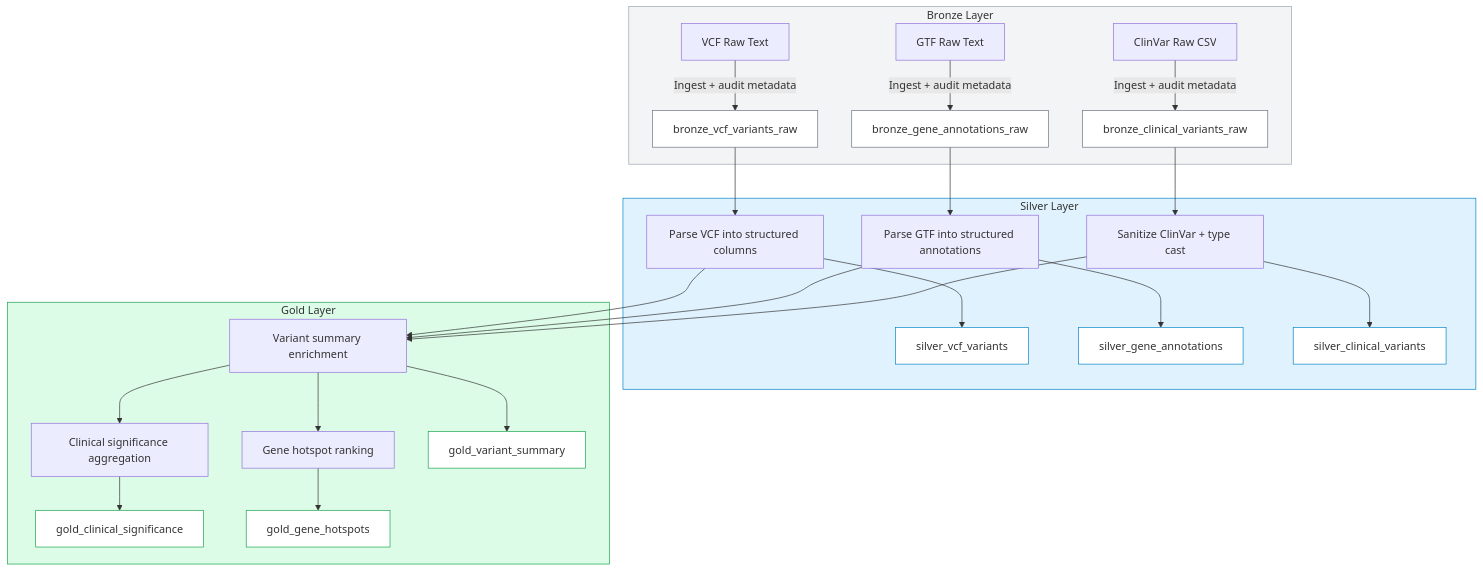
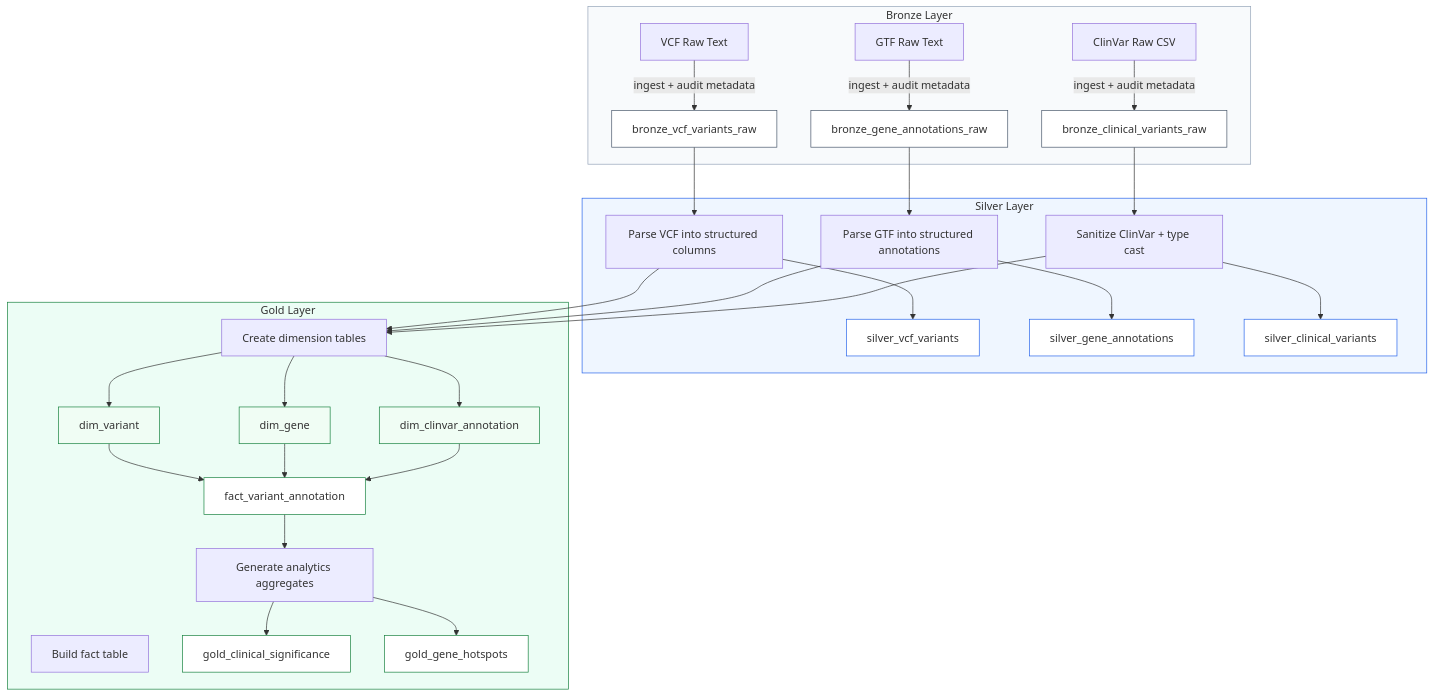
The diagram in pipeline_diagram.md (Manasa0512/Databricks), drawn with Mermaid before and after one commit. The commit also changed other lines of this file and 4 other files, not shown here.

````diff
--- a/pipeline_diagram.md
+++ b/pipeline_diagram.md
@@ -3,52 +15,59 @@
 ```mermaid
 flowchart TD
     subgraph Bronze[Bronze Layer]
       B1[VCF Raw Text]
       B2[GTF Raw Text]
       B3[ClinVar Raw CSV]
-      B1 -->|Ingest + audit metadata| BRONZE_VCF[bronze_vcf_variants_raw]
-      B2 -->|Ingest + audit metadata| BRONZE_GTF[bronze_gene_annotations_raw]
-      B3 -->|Ingest + audit metadata| BRONZE_CLINVAR[bronze_clinical_variants_raw]
+      B1 -->|ingest + audit metadata| BRONZE_VCF[bronze_vcf_variants_raw]
+      B2 -->|ingest + audit metadata| BRONZE_GTF[bronze_gene_annotations_raw]
+      B3 -->|ingest + audit metadata| BRONZE_CLINVAR[bronze_clinical_variants_raw]
     end
 
     subgraph Silver[Silver Layer]
       S1[Parse VCF into structured columns]
       S2[Parse GTF into structured annotations]
       S3[Sanitize ClinVar + type cast]
       S1 --> SILVER_VCF[silver_vcf_variants]
       S2 --> SILVER_GTF[silver_gene_annotations]
       S3 --> SILVER_CLINVAR[silver_clinical_variants]
     end
 
     subgraph Gold[Gold Layer]
-      G1[Variant summary enrichment]
-      G2[Clinical significance aggregation]
-      G3[Gene hotspot ranking]
-      G1 --> GOLD_VARIANT[gold_variant_summary]
-      G2 --> GOLD_CLINICAL[gold_clinical_significance]
-      G3 --> GOLD_HOTSPOTS[gold_gene_hotspots]
+      D1[Create dimension tables]
+      F1[Build fact table]
+      A1[Generate analytics aggregates]
+      D1 --> DIM_VARIANT[dim_variant]
+      D1 --> DIM_GENE[dim_gene]
+      D1 --> DIM_CLINVAR[dim_clinvar_annotation]
+      S1 --> D1
+      S2 --> D1
+      S3 --> D1
+
+      DIM_VARIANT --> FACT_VARIANT[fact_variant_annotation]
+      DIM_GENE --> FACT_VARIANT
+      DIM_CLINVAR --> FACT_VARIANT
+      FACT_VARIANT --> A1
+      A1 --> GOLD_CLINICAL[gold_clinical_significance]
+      A1 --> GOLD_HOTSPOTS[gold_gene_hotspots]
     end
 
     BRONZE_VCF --> S1
     BRONZE_GTF --> S2
     BRONZE_CLINVAR --> S3
 
-    S1 --> G1
-    S2 --> G1
-    S3 --> G1
-    G1 --> G2
-    G1 --> G3
-
-    style Bronze fill:#f3f4f6,stroke:#9ca3af
-    style Silver fill:#e0f2fe,stroke:#0284c7
-    style Gold fill:#dcfce7,stroke:#16a34a
-    style BRONZE_VCF fill:#fff,stroke:#6b7280
-    style BRONZE_GTF fill:#fff,stroke:#6b7280
-    style BRONZE_CLINVAR fill:#fff,stroke:#6b7280
-    style SILVER_VCF fill:#fff,stroke:#0284c7
-    style SILVER_GTF fill:#fff,stroke:#0284c7
-    style SILVER_CLINVAR fill:#fff,stroke:#0284c7
-    style GOLD_VARIANT fill:#fff,stroke:#16a34a
-    style GOLD_CLINICAL fill:#fff,stroke:#16a34a
-    style GOLD_HOTSPOTS fill:#fff,stroke:#16a34a
+    style Bronze fill:#f8fafc,stroke:#94a3b8
+    style Silver fill:#eff6ff,stroke:#2563eb
+    style Gold fill:#ecfdf5,stroke:#15803d
+    style BRONZE_VCF fill:#ffffff,stroke:#475569
+    style BRONZE_GTF fill:#ffffff,stroke:#475569
+    style BRONZE_CLINVAR fill:#ffffff,stroke:#475569
+    style SILVER_VCF fill:#ffffff,stroke:#2563eb
+    style SILVER_GTF fill:#ffffff,stroke:#2563eb
+    style SILVER_CLINVAR fill:#ffffff,stroke:#2563eb
+    style DIM_VARIANT fill:#f0fdf4,stroke:#15803d
+    style DIM_GENE fill:#f0fdf4,stroke:#15803d
+    style DIM_CLINVAR fill:#f0fdf4,stroke:#15803d
+    style FACT_VARIANT fill:#ffffff,stroke:#15803d
+    style GOLD_CLINICAL fill:#ffffff,stroke:#15803d
+    style GOLD_HOTSPOTS fill:#ffffff,stroke:#15803d
 ```
````
